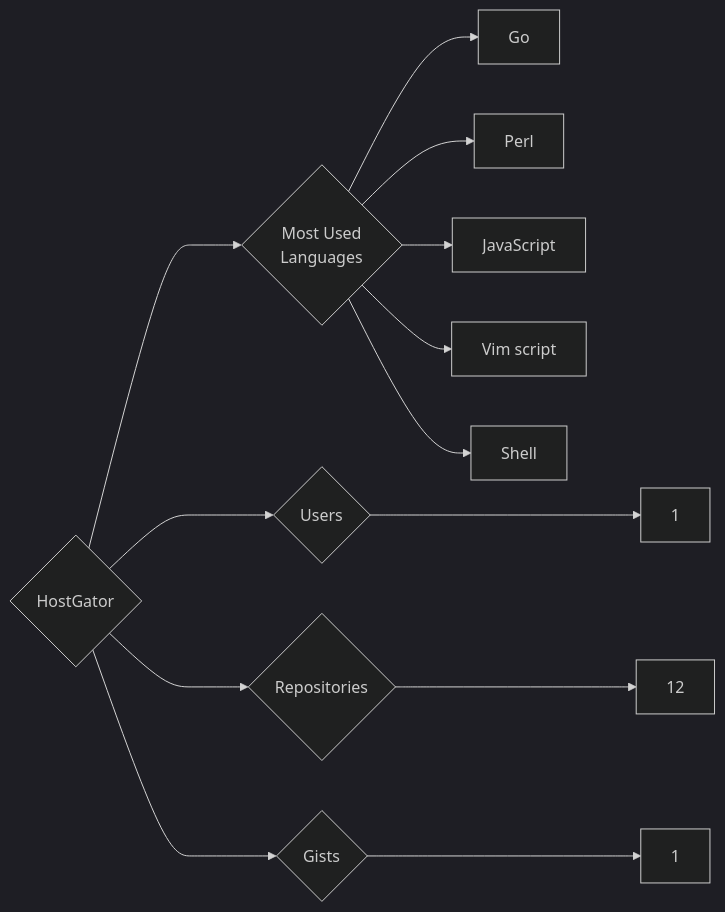
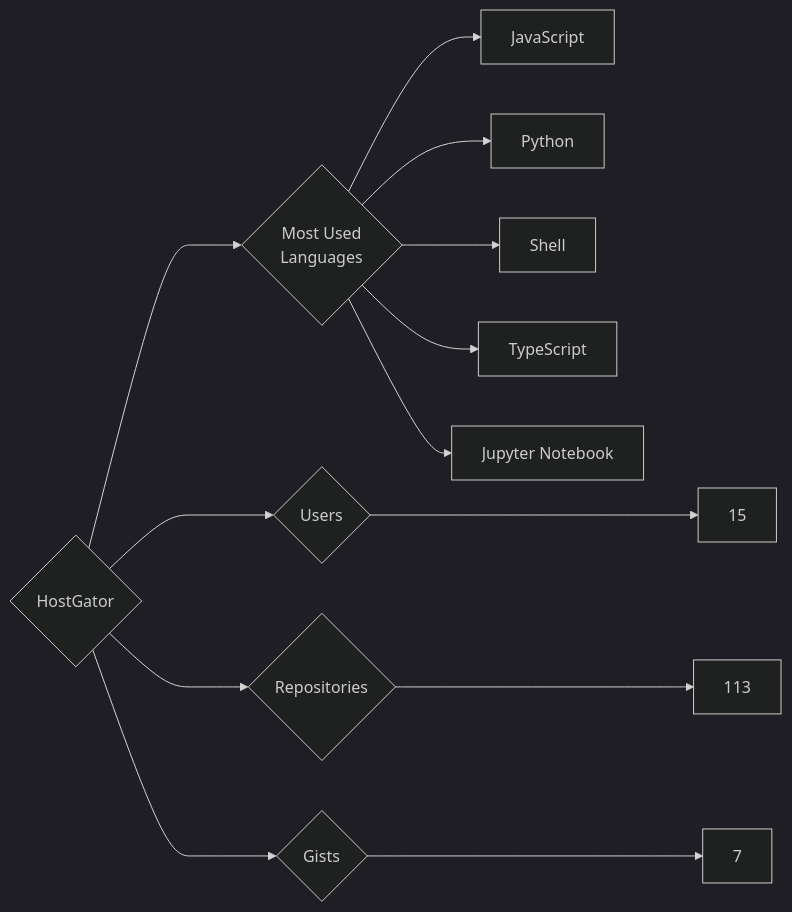
The diagram in targets/HostGator/README.md (trickest/insiders), drawn with Mermaid (dark theme) before and after one commit. The commit also changed 823 other files, not shown here.

````diff
--- a/targets/HostGator/README.md
+++ b/targets/HostGator/README.md
@@ -3,13 +3,13 @@
 ```mermaid
 graph LR
 COMPANY_NAME{HostGator}
-COMPANY_NAME ---> U{Users} ---> UN[1]
-COMPANY_NAME ---> R{Repositories} ---> RN[12]
-COMPANY_NAME ---> G{Gists} ---> GN[1]
+COMPANY_NAME ---> U{Users} ---> UN[15]
+COMPANY_NAME ---> R{Repositories} ---> RN[113]
+COMPANY_NAME ---> G{Gists} ---> GN[7]
 COMPANY_NAME ---> ML{Most Used<br>Languages}
-ML --> Go[Go]
-ML --> Perl[Perl]
 ML --> JavaScript[JavaScript]
-ML --> Vim_script[Vim script]
+ML --> Python[Python]
 ML --> Shell[Shell]
+ML --> TypeScript[TypeScript]
+ML --> Jupyter_Notebook[Jupyter Notebook]
 ```
````
